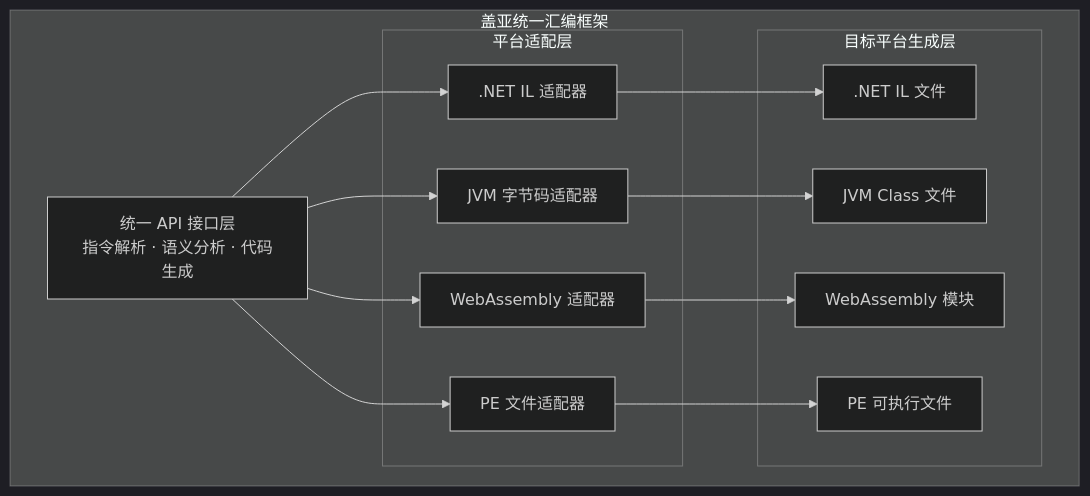
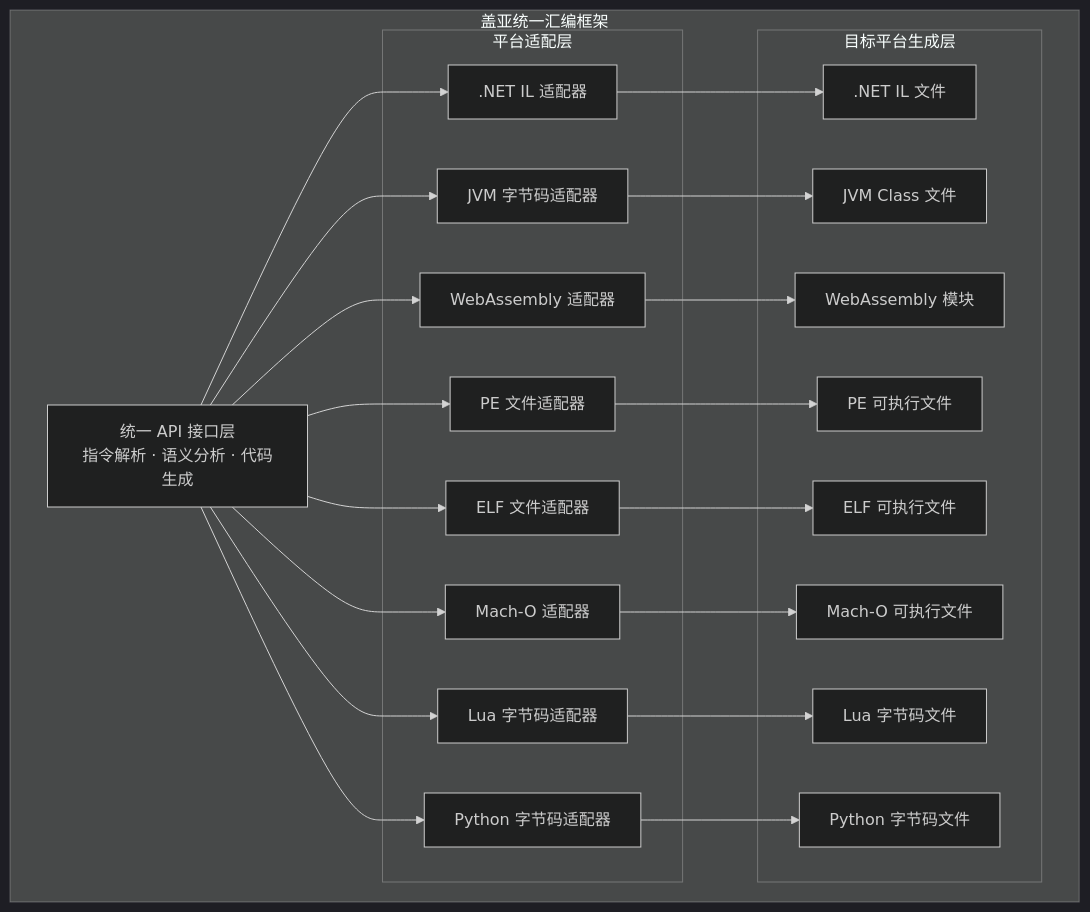
Before and after one commit to nyar-vm/project-gaia: the first of 5 diagrams in readme.md, drawn with Mermaid (dark theme). The commit also changed other lines of this file and 3 other files, not shown here.

````diff
--- a/readme.md
+++ b/readme.md
@@ -29,30 +34,46 @@
 ```mermaid
 graph TB
     subgraph "盖亚统一汇编框架"
         A[统一 API 接口层<br/>指令解析 · 语义分析 · 代码生成]
         
         subgraph "平台适配层"
             B[.NET IL 适配器]
             C[JVM 字节码适配器]
             D[WebAssembly 适配器]
             E[PE 文件适配器]
+            K[ELF 文件适配器]
+            L[Mach-O 适配器]
+            M[Lua 字节码适配器]
+            N[Python 字节码适配器]
         end
         
         subgraph "目标平台生成层"
             F[.NET IL 文件]
             G[JVM Class 文件]
             H[WebAssembly 模块]
             I[PE 可执行文件]
+            O[ELF 可执行文件]
+            P[Mach-O 可执行文件]
+            Q[Lua 字节码文件]
+            R[Python 字节码文件]
         end
         
         A --> B
         A --> C
         A --> D
         A --> E
+        A --> K
+        A --> L
+        A --> M
+        A --> N
         
         B --> F
         C --> G
         D --> H
         E --> I
+        K --> O
+        L --> P
+        M --> Q
+        N --> R
     end
 ```
````
